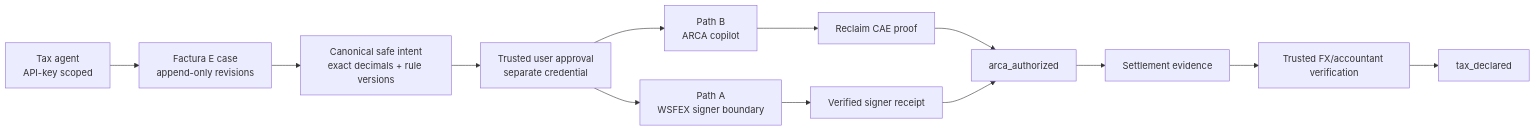
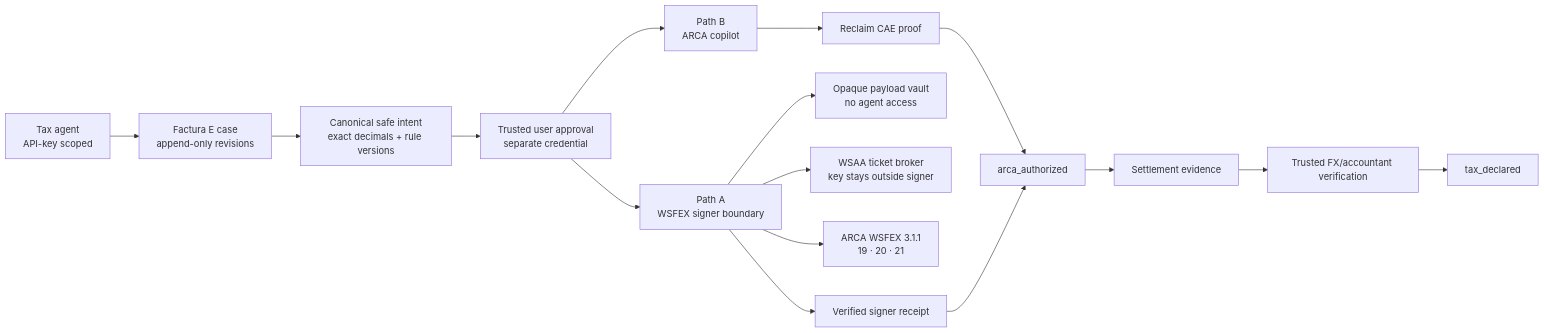
The second of 2 diagrams in docs/architecture.md (BuFi007/tax-automation-engine), drawn with Mermaid before and after one commit. The commit also changed 29 other files, not shown here.

Commit message:
feat(arca): add isolated WSFEX signer provider

````diff
--- a/docs/architecture.md
+++ b/docs/architecture.md
@@ -21,15 +21,18 @@
 ```mermaid
 flowchart LR
   A["Tax agent\nAPI-key scoped"] --> C["Factura E case\nappend-only revisions"]
   C --> D["Canonical safe intent\nexact decimals + rule versions"]
   D --> H["Trusted user approval\nseparate credential"]
   H --> B["Path B\nARCA copilot"]
   H --> W["Path A\nWSFEX signer boundary"]
+  W --> Q["Opaque payload vault\nno agent access"]
+  W --> Y["WSAA ticket broker\nkey stays outside signer"]
+  W --> ARA["ARCA WSFEX 3.1.1\n19 · 20 · 21"]
   B --> R["Reclaim CAE proof"]
   W --> V["Verified signer receipt"]
   R --> X["arca_authorized"]
   V --> X
   X --> E["Settlement evidence"]
   E --> F["Trusted FX/accountant verification"]
   F --> T["tax_declared"]
 ```
````
